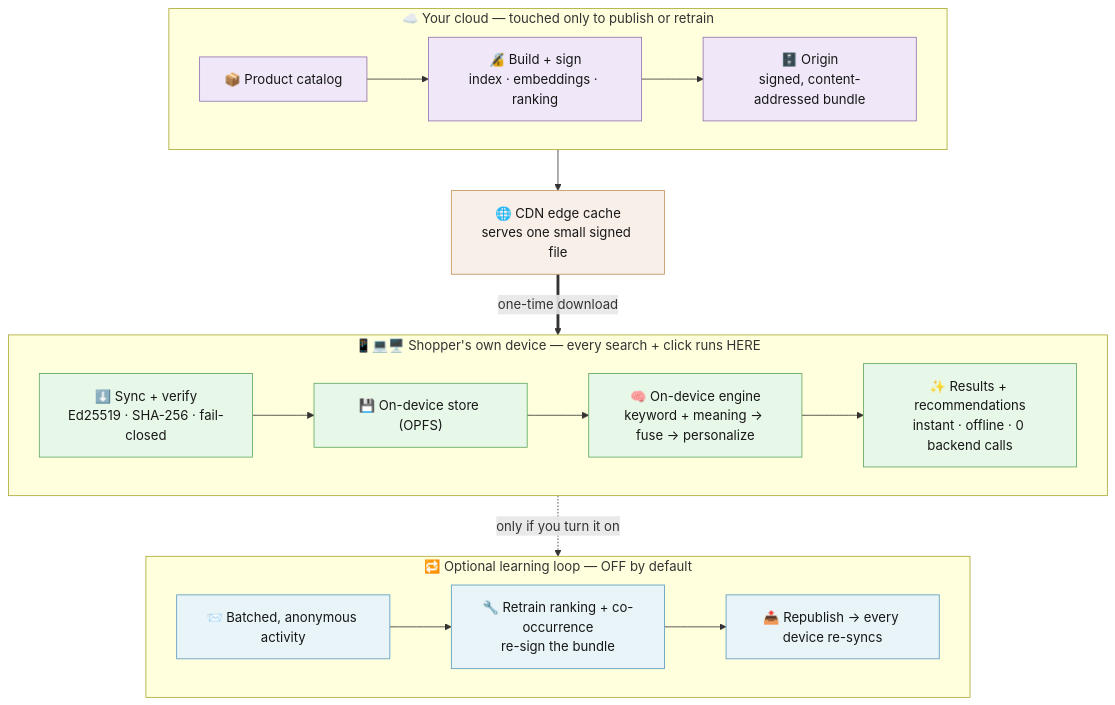
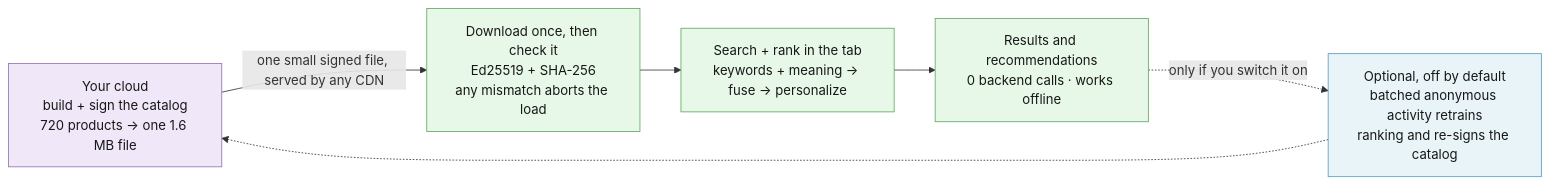
One commit to hseshadr/edge-reco changed the diagram in README.md. Above: the diagram before and after it, drawn with Mermaid. The commit also changed other lines of this file and 27 other files, not shown here.

First line of the commit message:
docs(seo): link all 8 repos from /github, break the three-site island, mermaid diagrams

````diff
--- a/README.md
+++ b/README.md
@@ -208,26 +198,20 @@
 ```mermaid
-flowchart TB
-  subgraph cloud["☁️ Your cloud — touched only to publish or retrain"]
-    direction LR
-    cat["📦 Product catalog"] --> build["🔏 Build + sign<br>index · embeddings · ranking"] --> origin["🗄️ Origin<br>signed, content-addressed bundle"]
-  end
-  origin --> edge["🌐 CDN edge cache<br>serves one small signed file"]
-  edge ==>|"one-time download"| sync
-  subgraph device["📱💻🖥️ Shopper's own device — every search + click runs HERE"]
-    direction LR
-    sync["⬇️ Sync + verify<br>Ed25519 · SHA-256 · fail-closed"] --> opfs["💾 On-device store (OPFS)"] --> engine["🧠 On-device engine<br>keyword + meaning → fuse → personalize"] --> recs["✨ Results + recommendations<br>instant · offline · 0 backend calls"]
-  end
-  subgraph learn["🔁 Optional learning loop — OFF by default"]
-    direction LR
-    uplink["📨 Batched, anonymous activity"] --> retrain["🔧 Retrain ranking + co-occurrence<br>re-sign the bundle"] --> republish["📤 Republish → every device re-syncs"]
-  end
-  recs -.->|"only if you turn it on"| uplink
-  classDef cloudCls fill:#f0e8f8,stroke:#9472b0,color:#171717;
-  classDef edgeCls fill:#f8f0e8,stroke:#c2925a,color:#171717;
-  classDef deviceCls fill:#e8f8e8,stroke:#5fa85f,color:#171717;
-  classDef learnCls fill:#e8f4f8,stroke:#5b9bbf,color:#171717;
-  class cat,build,origin cloudCls;
-  class edge edgeCls;
-  class sync,opfs,engine,recs deviceCls;
-  class uplink,retrain,republish learnCls;
+flowchart LR
+  build["Your cloud<br>build + sign the catalog<br>720 products → one 1.6 MB file"]
+  sync["Download once, then check it<br>Ed25519 + SHA-256<br>any mismatch aborts the load"]
+  engine["Search + rank in the tab<br>keywords + meaning → fuse → personalize"]
+  recs["Results and recommendations<br>0 backend calls · works offline"]
+  learn["Optional, off by default<br>batched anonymous activity retrains<br>ranking and re-signs the catalog"]
+
+  build -->|"one small signed file, served by any CDN"| sync
+  sync --> engine --> recs
+  recs -.->|"only if you switch it on"| learn
+  learn -.-> build
+
+  classDef cloud fill:#f0e8f8,stroke:#9472b0,color:#171717;
+  classDef device fill:#e8f8e8,stroke:#5fa85f,color:#171717;
+  classDef opt fill:#e8f4f8,stroke:#5b9bbf,color:#171717;
+  class build cloud;
+  class sync,engine,recs device;
+  class learn opt;
 ```
````
